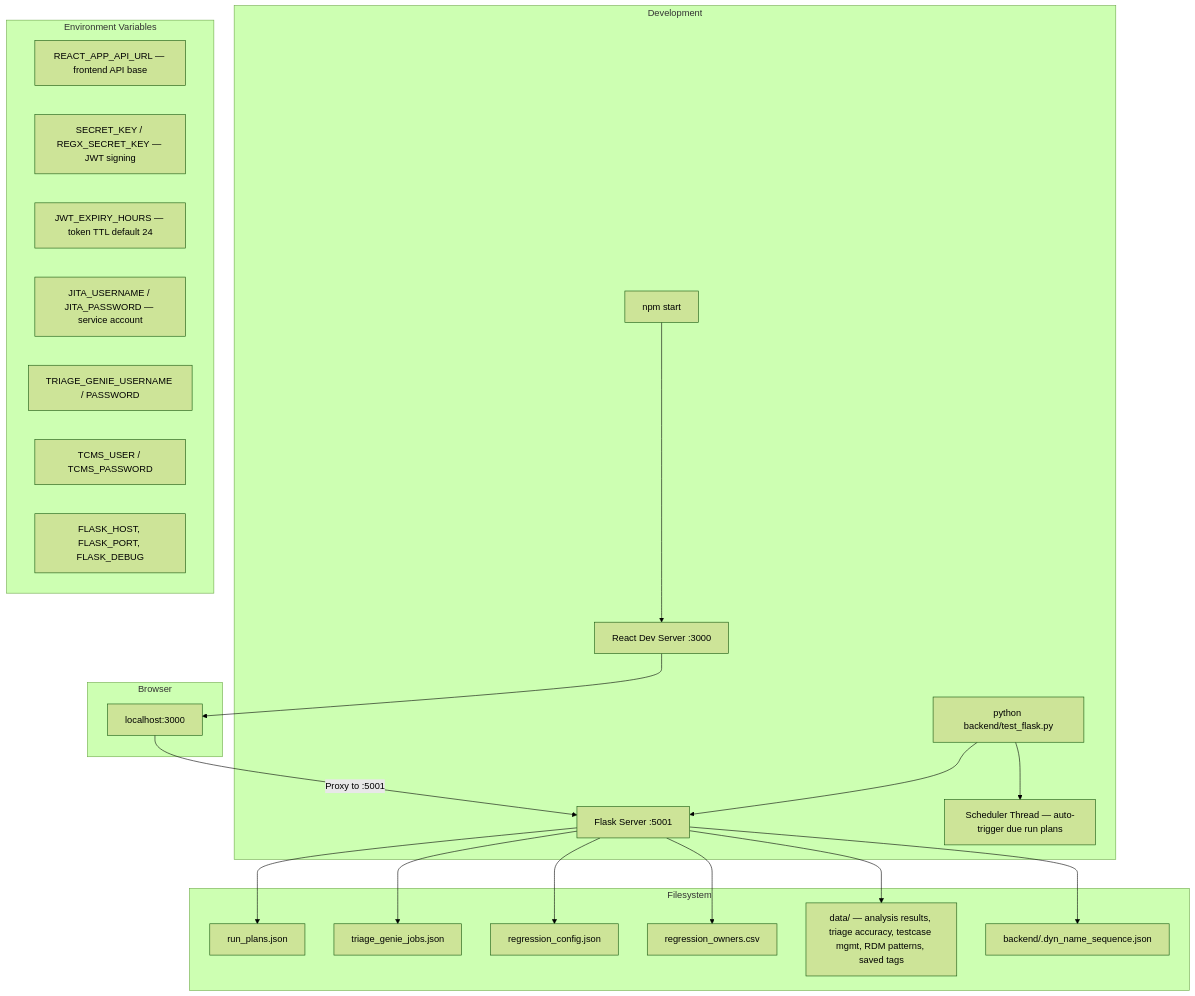
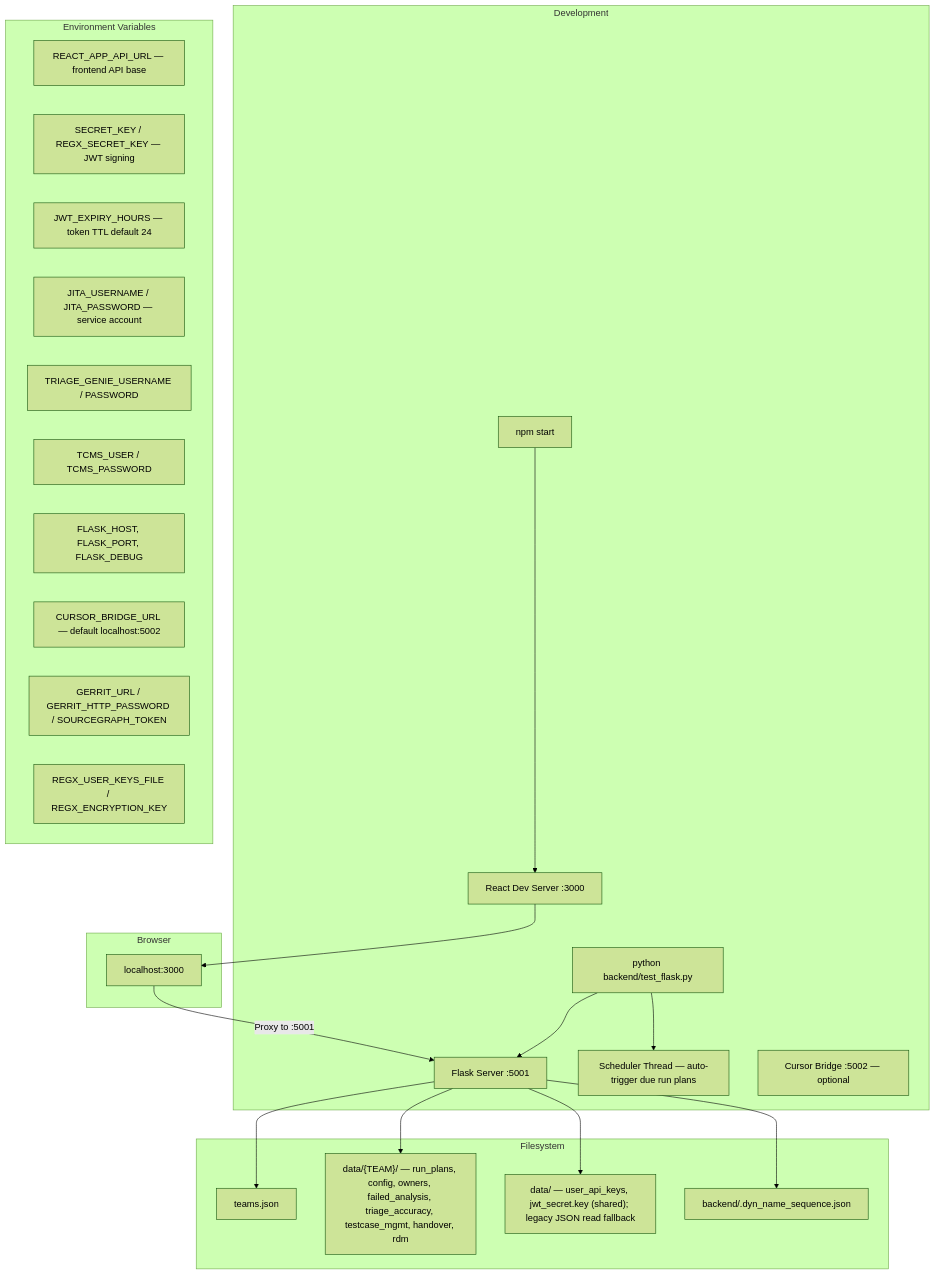
The sixth of 7 diagrams in PROJECT_DOCUMENTATION_AND_ARCHITECTURE.md (sudharshan332/RegX-AI), drawn with Mermaid (forest theme) before and after one commit. The commit also changed other lines of this file and 25 other files, not shown here.

````diff
--- a/PROJECT_DOCUMENTATION_AND_ARCHITECTURE.md
+++ b/PROJECT_DOCUMENTATION_AND_ARCHITECTURE.md
@@ -427,34 +393,36 @@
 ```mermaid
 graph TB
     subgraph "Development"
         NPM[npm start]
         PY[python backend/test_flask.py]
         NPM --> REACT[React Dev Server :3000]
         PY --> FLASK[Flask Server :5001]
         PY --> SCHEDULER[Scheduler Thread — auto-trigger due run plans]
+        BRIDGE[Cursor Bridge :5002 — optional]
     end
 
     subgraph "Browser"
         REACT --> BROWSER[localhost:3000]
         BROWSER -->|Proxy to :5001| FLASK
     end
 
     subgraph "Environment Variables"
         ENV1[REACT_APP_API_URL — frontend API base]
         ENV2[SECRET_KEY / REGX_SECRET_KEY — JWT signing]
         ENV3[JWT_EXPIRY_HOURS — token TTL default 24]
         ENV4[JITA_USERNAME / JITA_PASSWORD — service account]
         ENV5[TRIAGE_GENIE_USERNAME / PASSWORD]
         ENV6[TCMS_USER / TCMS_PASSWORD]
         ENV7[FLASK_HOST, FLASK_PORT, FLASK_DEBUG]
+        ENV8[CURSOR_BRIDGE_URL — default localhost:5002]
+        ENV9[GERRIT_URL / GERRIT_HTTP_PASSWORD / SOURCEGRAPH_TOKEN]
+        ENV10[REGX_USER_KEYS_FILE / REGX_ENCRYPTION_KEY]
     end
 
     subgraph "Filesystem"
-        FLASK --> run_plans.json
-        FLASK --> triage_genie_jobs.json
-        FLASK --> regression_config.json
-        FLASK --> regression_owners.csv
-        FLASK --> data_dir["data/ — analysis results, triage accuracy, testcase mgmt, RDM patterns, saved tags"]
+        FLASK --> teams_json[teams.json]
+        FLASK --> team_dir["data/{TEAM}/ — run_plans, config, owners, failed_analysis, triage_accuracy, testcase_mgmt, handover, rdm"]
+        FLASK --> data_dir["data/ — user_api_keys, jwt_secret.key (shared); legacy JSON read fallback"]
         FLASK --> dyn_seq["backend/.dyn_name_sequence.json"]
     end
 ```
````
